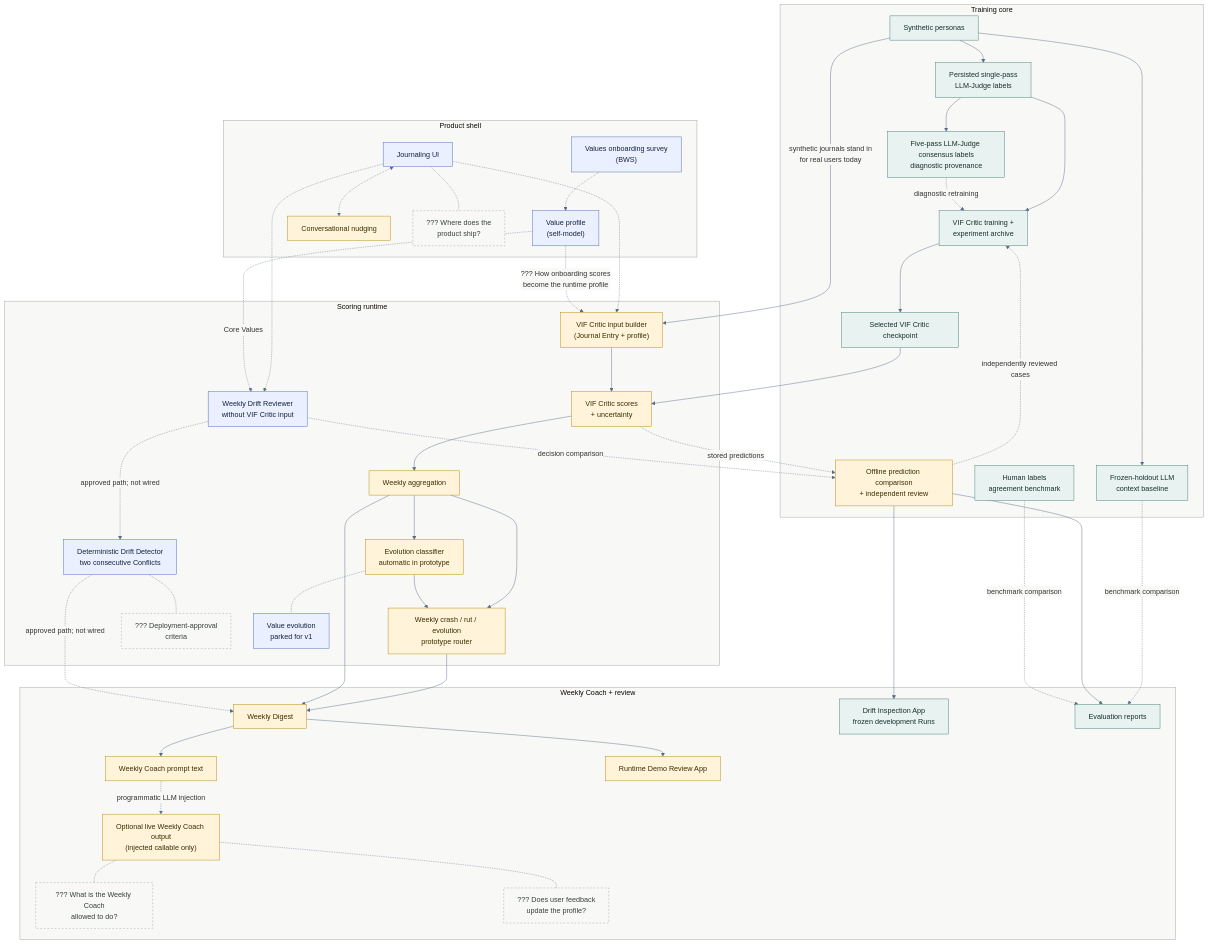
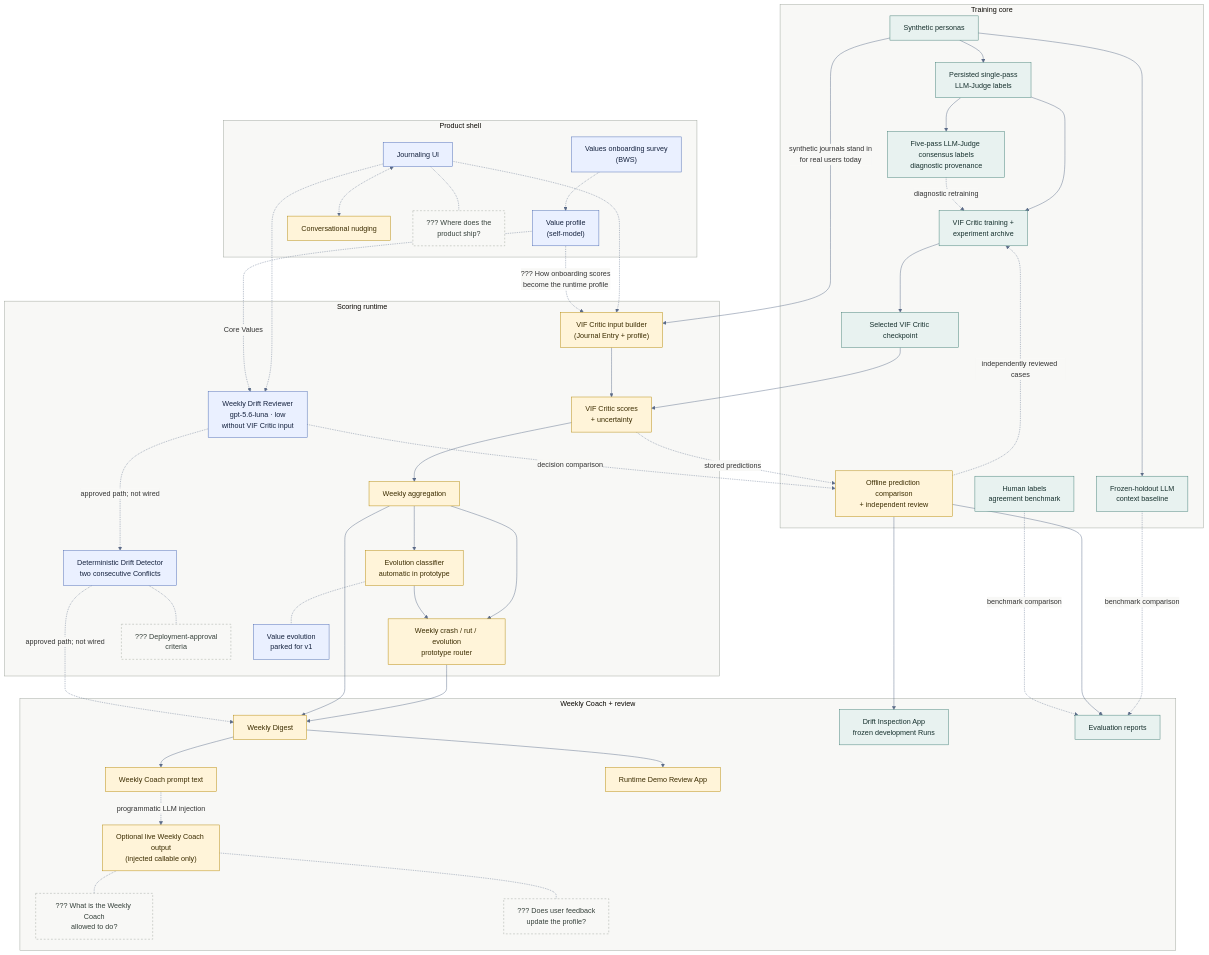
Before and after one commit to DesmondChoy/twinkl: the diagram in docs/architecture/e2e_architecture.md, drawn with Mermaid. The commit also changed other lines of this file and 28 other files, not shown here.

Commit message:
docs: settle Luna-low reviewer contract (twinkl-3rni)

```diff
--- a/docs/architecture/e2e_architecture.md
+++ b/docs/architecture/e2e_architecture.md
@@ -56,7 +56,7 @@
         scores["VIF Critic scores<br/>+ uncertainty"]
         weekly["Weekly aggregation"]
         drift["Weekly crash / rut / evolution<br/>prototype router"]
-        reviewer["Weekly Drift Reviewer<br/>without VIF Critic input"]
+        reviewer["Weekly Drift Reviewer<br/>gpt-5.6-luna · low<br/>without VIF Critic input"]
         drift_v1["Deterministic Drift Detector<br/>two consecutive Conflicts"]
         evolution["Evolution classifier<br/>automatic in prototype"]
         d_trigger["??? Deployment-approval<br/>criteria"]
```
